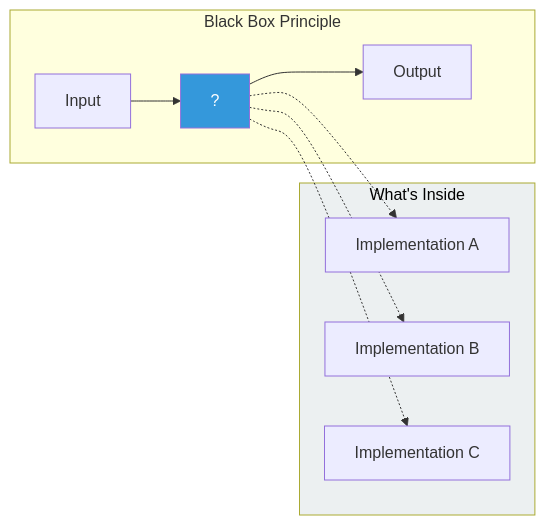
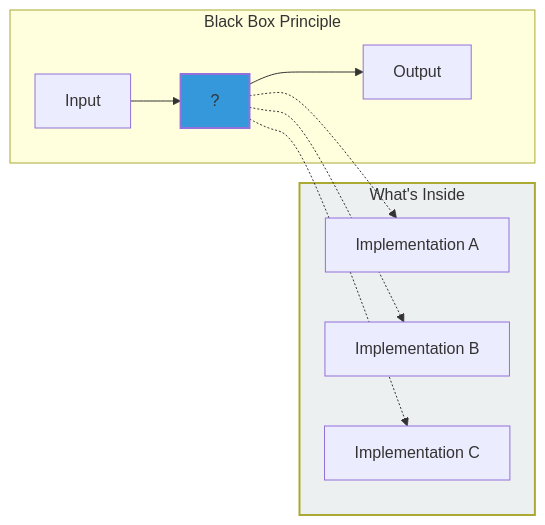
One commit to sampi02/amanmcp changed the second of 7 diagrams in docs/articles/black-box-architecture-case-study.md. Above: the diagram before and after it, drawn with Mermaid. The commit also changed other lines of this file and 59 other files, not shown here.

````diff
--- a/docs/articles/black-box-architecture-case-study.md
+++ b/docs/articles/black-box-architecture-case-study.md
@@ -91,20 +91,20 @@
 ```mermaid
 flowchart LR
     subgraph BlackBox["Black Box Principle"]
         Input["Input"] --> Box["?"]
         Box --> Output["Output"]
     end
 
     subgraph Implementation["What's Inside"]
         I1["Implementation A"]
         I2["Implementation B"]
         I3["Implementation C"]
     end
 
     Box -.-> I1
     Box -.-> I2
     Box -.-> I3
 
-    style Box fill:#3498db,color:#fff
-    style Implementation fill:#ecf0f1,color:#000
+    style Box fill:#3498db,stroke-width:2px
+    style Implementation fill:#ecf0f1,stroke-width:2px
 ```
````
